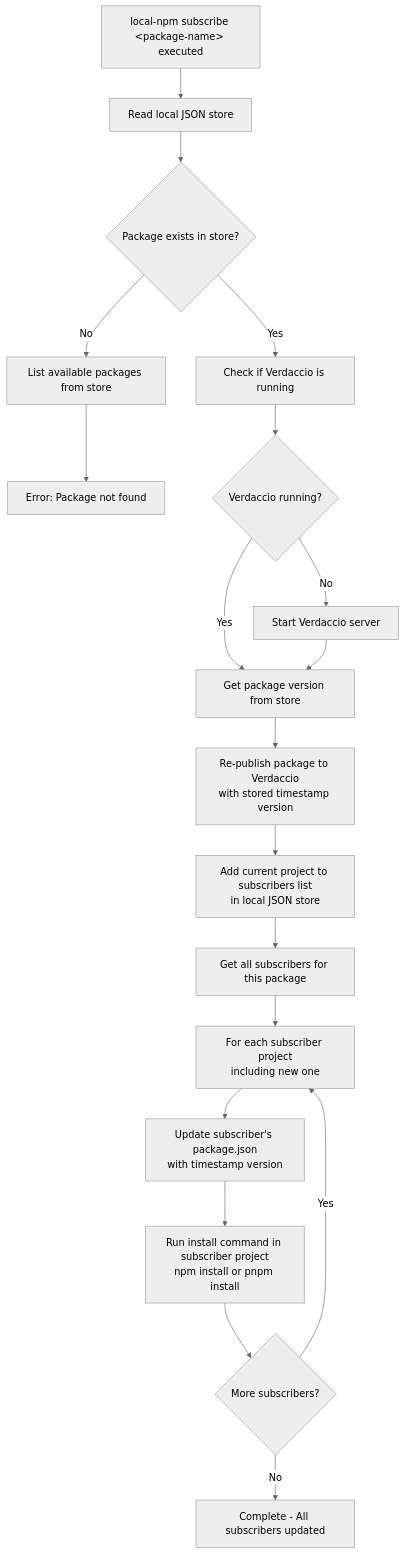
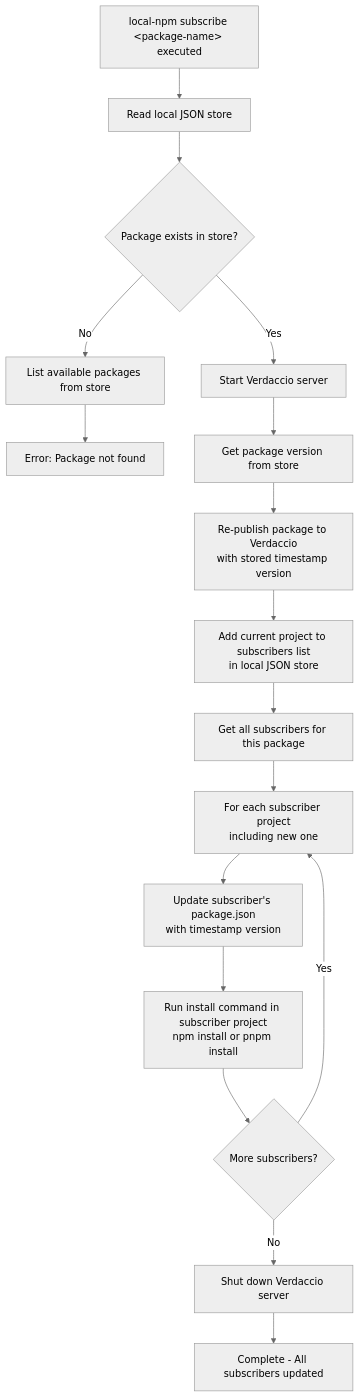
Before and after one commit to aneuhold/ts-libs: the second of 4 diagrams in packages/local-npm-registry/README.md, drawn with Mermaid (neutral theme). The commit also changed other lines of this file, not shown here.

Commit message:
Update readme a bit more

````diff
--- a/packages/local-npm-registry/README.md
+++ b/packages/local-npm-registry/README.md
@@ -44,21 +45,19 @@
 ```mermaid
 flowchart TD
     A["local-npm subscribe &lt;package-name&gt; executed"] --> B["Read local JSON store"]
     B --> C{"Package exists in store?"}
     C -->|No| D["List available packages from store"]
     D --> E["Error: Package not found"]
-    C -->|Yes| F["Check if Verdaccio is running"]
-    F --> G{"Verdaccio running?"}
-    G -->|No| H["Start Verdaccio server"]
-    G -->|Yes| I["Get package version from store"]
-    H --> I
-    I --> J["Re-publish package to Verdaccio<br/>with stored timestamp version"]
-    J --> K["Add current project to subscribers list<br/>in local JSON store"]
-    K --> L["Get all subscribers for this package"]
-    L --> M["For each subscriber project<br/>including new one"]
-    M --> N["Update subscriber's package.json<br/>with timestamp version"]
-    N --> O["Run install command in subscriber project<br/>npm install or pnpm install"]
-    O --> P{"More subscribers?"}
-    P -->|Yes| M
-    P -->|No| Q["Complete - All subscribers updated"]
+    C -->|Yes| F["Start Verdaccio server"]
+    F --> G["Get package version from store"]
+    G --> H["Re-publish package to Verdaccio<br/>with stored timestamp version"]
+    H --> I["Add current project to subscribers list<br/>in local JSON store"]
+    I --> J["Get all subscribers for this package"]
+    J --> K["For each subscriber project<br/>including new one"]
+    K --> L["Update subscriber's package.json<br/>with timestamp version"]
+    L --> M["Run install command in subscriber project<br/>npm install or pnpm install"]
+    M --> N{"More subscribers?"}
+    N -->|Yes| K
+    N -->|No| O["Shut down Verdaccio server"]
+    O --> P["Complete - All subscribers updated"]
 ```
````
